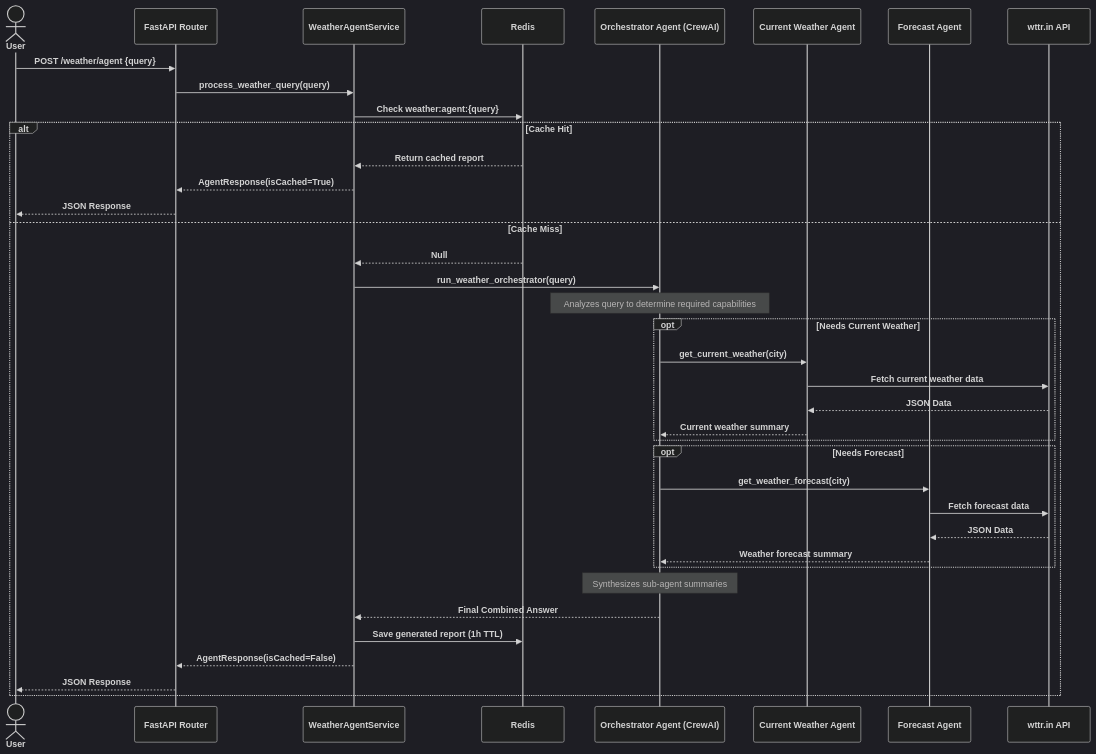
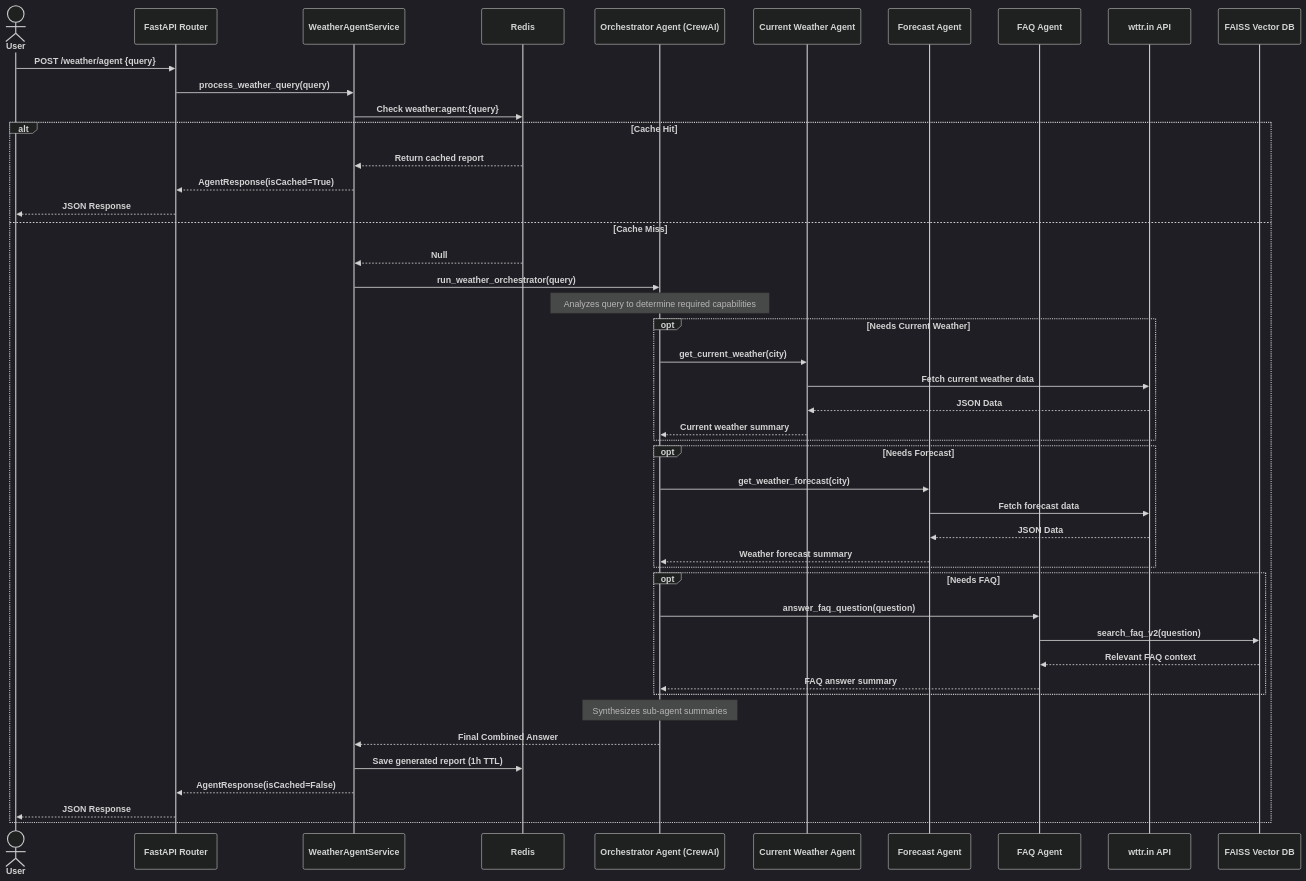
Before and after one commit to nabajyotisahariah/ai-python-weather-agent: the diagram in README.md, drawn with Mermaid (dark theme). The commit also changed 2 other files, not shown here.

Commit message:
Code Refactoring

````diff
--- a/README.md
+++ b/README.md
@@ -313,47 +313,56 @@
 ```mermaid
 %%{init: {'sequence': {'actorFontWeight': 'bold', 'noteFontWeight': 'bold', 'messageFontWeight': 'bold'}}}%%
 sequenceDiagram
     actor User
     participant API as FastAPI Router
     participant Service as WeatherAgentService
     participant Cache as Redis
     participant Orch as Orchestrator Agent (CrewAI)
     participant CWA as Current Weather Agent
     participant WFA as Forecast Agent
+    participant FAQ as FAQ Agent
     participant Ext as wttr.in API
+    participant VDB as FAISS Vector DB
 
     User->>API: POST /weather/agent {query}
     API->>Service: process_weather_query(query)
     Service->>Cache: Check weather:agent:{query}
     
     alt Cache Hit
         Cache-->>Service: Return cached report
         Service-->>API: AgentResponse(isCached=True)
         API-->>User: JSON Response
     else Cache Miss
         Cache-->>Service: Null
         Service->>Orch: run_weather_orchestrator(query)
         Note over Orch: Analyzes query to determine required capabilities
         
         opt Needs Current Weather
             Orch->>CWA: get_current_weather(city)
             CWA->>Ext: Fetch current weather data
             Ext-->>CWA: JSON Data
             CWA-->>Orch: Current weather summary
         end
         
         opt Needs Forecast
             Orch->>WFA: get_weather_forecast(city)
             WFA->>Ext: Fetch forecast data
             Ext-->>WFA: JSON Data
             WFA-->>Orch: Weather forecast summary
         end
+
+        opt Needs FAQ
+            Orch->>FAQ: answer_faq_question(question)
+            FAQ->>VDB: search_faq_v2(question)
+            VDB-->>FAQ: Relevant FAQ context
+            FAQ-->>Orch: FAQ answer summary
+        end
         
         Note over Orch: Synthesizes sub-agent summaries
         Orch-->>Service: Final Combined Answer
         
         Service->>Cache: Save generated report (1h TTL)
         Service-->>API: AgentResponse(isCached=False)
         API-->>User: JSON Response
     end
 ```
````
